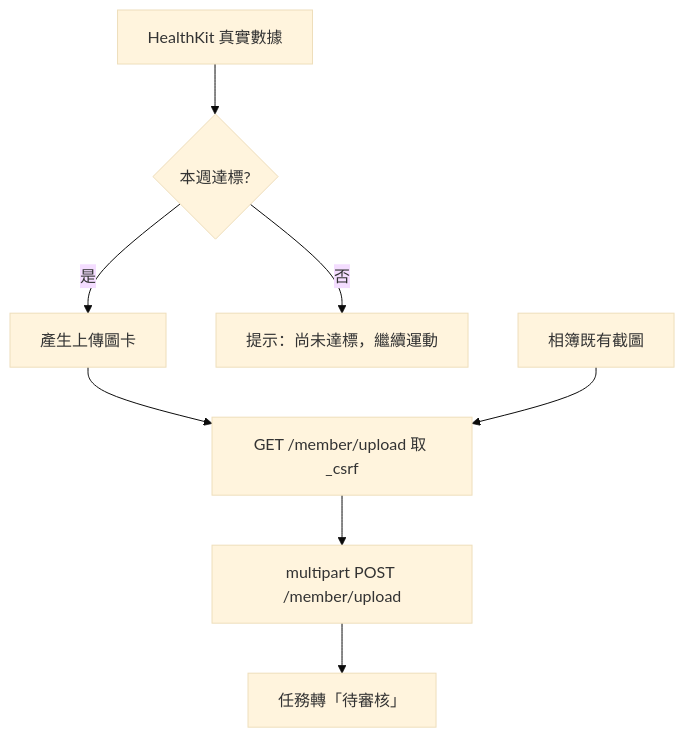
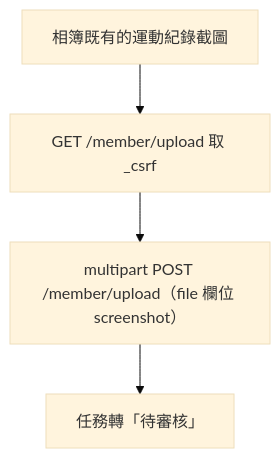
The second of 2 diagrams in spec/PRD.md (megshao/exercise_rewards_ios), drawn with Mermaid (base theme) before and after one commit. The commit also changed other lines of this file and 15 other files, not shown here.

````diff
--- a/spec/PRD.md
+++ b/spec/PRD.md
@@ -319,10 +492,6 @@
 ```mermaid
 flowchart TD
-    H[HealthKit 真實數據] --> C{本週達標?}
-    C -- 是 --> G[產生上傳圖卡]
-    C -- 否 --> X[提示：尚未達標，繼續運動]
-    G --> U[GET /member/upload 取 _csrf]
-    P[相簿既有截圖] --> U
-    U --> POST[multipart POST /member/upload]
+    P[相簿既有的運動紀錄截圖] --> U[GET /member/upload 取 _csrf]
+    U --> POST[multipart POST /member/upload（file 欄位 screenshot）]
     POST --> R[任務轉「待審核」]
 ```
````
